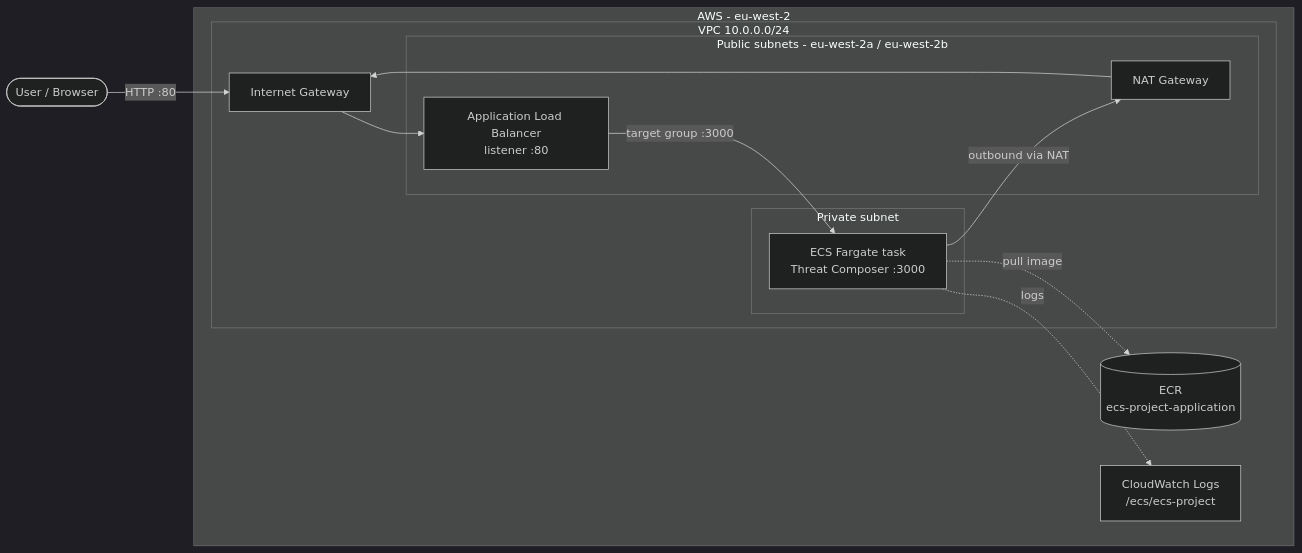
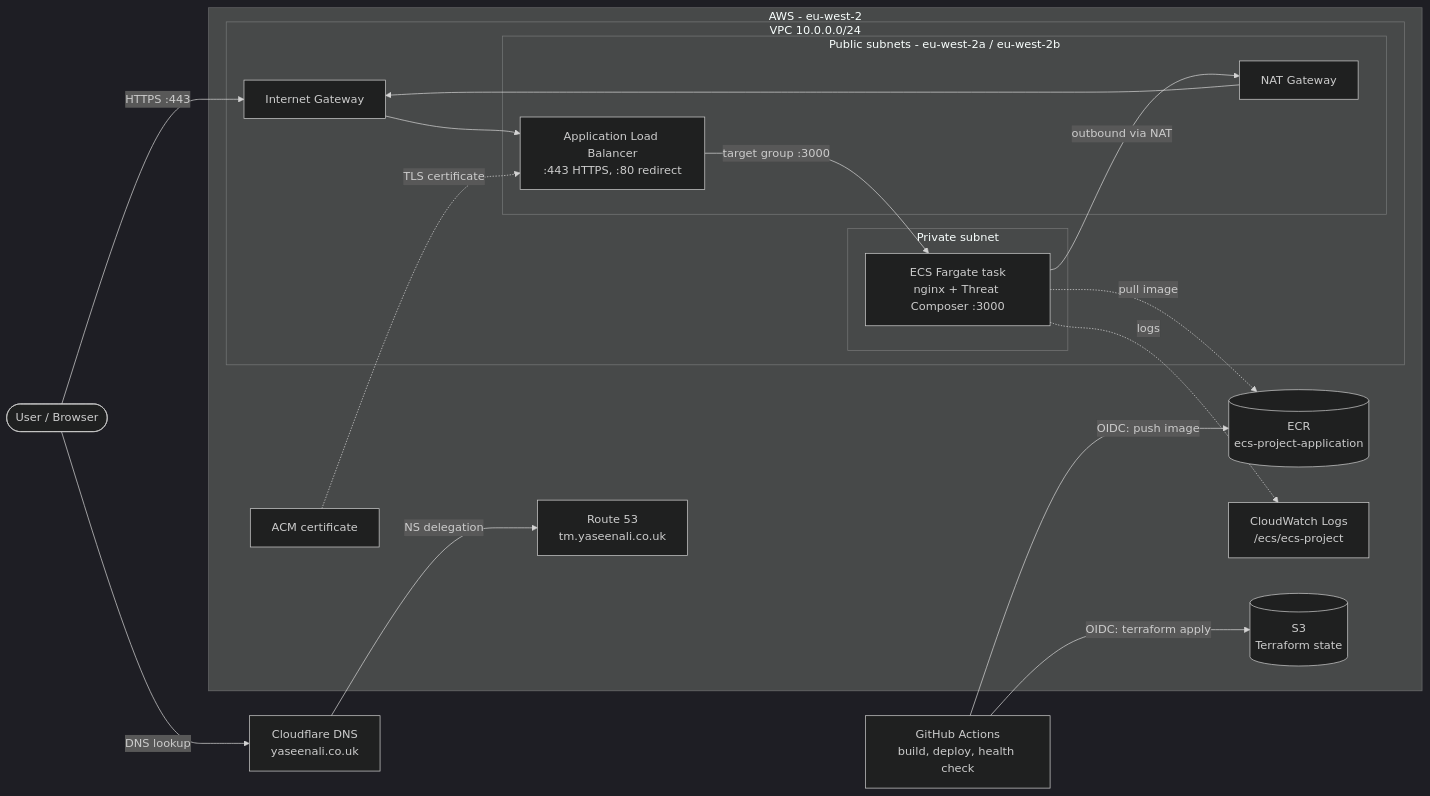
One commit to YaseenWorkspace/Ecs-project changed the diagram in README.md. Above: the diagram before and after it, drawn with Mermaid (dark theme). The commit also changed other lines of this file, not shown here.

Commit message:
Update README architecture diagram with HTTPS, Route 53, ACM and CI/CD

````diff
--- a/README.md
+++ b/README.md
@@ -25,28 +25,37 @@
 ```mermaid
 flowchart LR
     user([User / Browser])
+    cf[Cloudflare DNS<br/>yaseenali.co.uk]
+    gh[GitHub Actions<br/>build, deploy, health check]
 
     subgraph aws[AWS - eu-west-2]
+        r53[Route 53<br/>tm.yaseenali.co.uk]
+        acm[ACM certificate]
         ecr[(ECR<br/>ecs-project-application)]
         cw[CloudWatch Logs<br/>/ecs/ecs-project]
+        s3[(S3<br/>Terraform state)]
 
         subgraph vpc[VPC 10.0.0.0/24]
             igw[Internet Gateway]
 
             subgraph public[Public subnets - eu-west-2a / eu-west-2b]
-                alb[Application Load Balancer<br/>listener :80]
+                alb[Application Load Balancer<br/>:443 HTTPS, :80 redirect]
                 nat[NAT Gateway]
             end
 
             subgraph private[Private subnet]
-                task[ECS Fargate task<br/>Threat Composer :3000]
+                task[ECS Fargate task<br/>nginx + Threat Composer :3000]
             end
         end
     end
 
-    user -->|HTTP :80| igw --> alb
+    user -->|DNS lookup| cf -->|NS delegation| r53
+    user -->|HTTPS :443| igw --> alb
+    acm -.->|TLS certificate| alb
     alb -->|target group :3000| task
     task -->|outbound via NAT| nat --> igw
     task -.->|pull image| ecr
     task -.->|logs| cw
+    gh -->|OIDC: push image| ecr
+    gh -->|OIDC: terraform apply| s3
 ```
````
